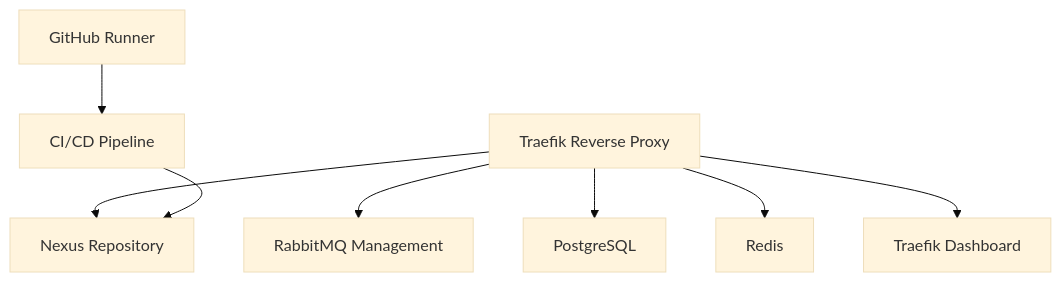
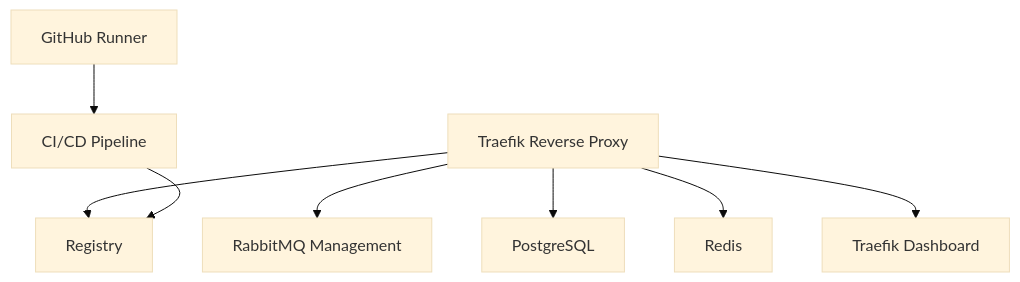
The diagram in README.md (dolorestec/dolorestec-cluster), drawn with Mermaid (base theme) before and after one commit. The commit also changed other lines of this file and 18 other files, not shown here.

````diff
--- a/README.md
+++ b/README.md
@@ -87,11 +87,11 @@
 ```mermaid
 graph TB
    A[Traefik Reverse Proxy] --> B[RabbitMQ Management]
    A --> C[PostgreSQL]
    A --> D[Redis]
-   A --> E[Nexus Repository]
+   A --> E[Registry]
    A --> F[Traefik Dashboard]
 
     K[GitHub Runner] --> L[CI/CD Pipeline]
     L --> E
 ```
````
